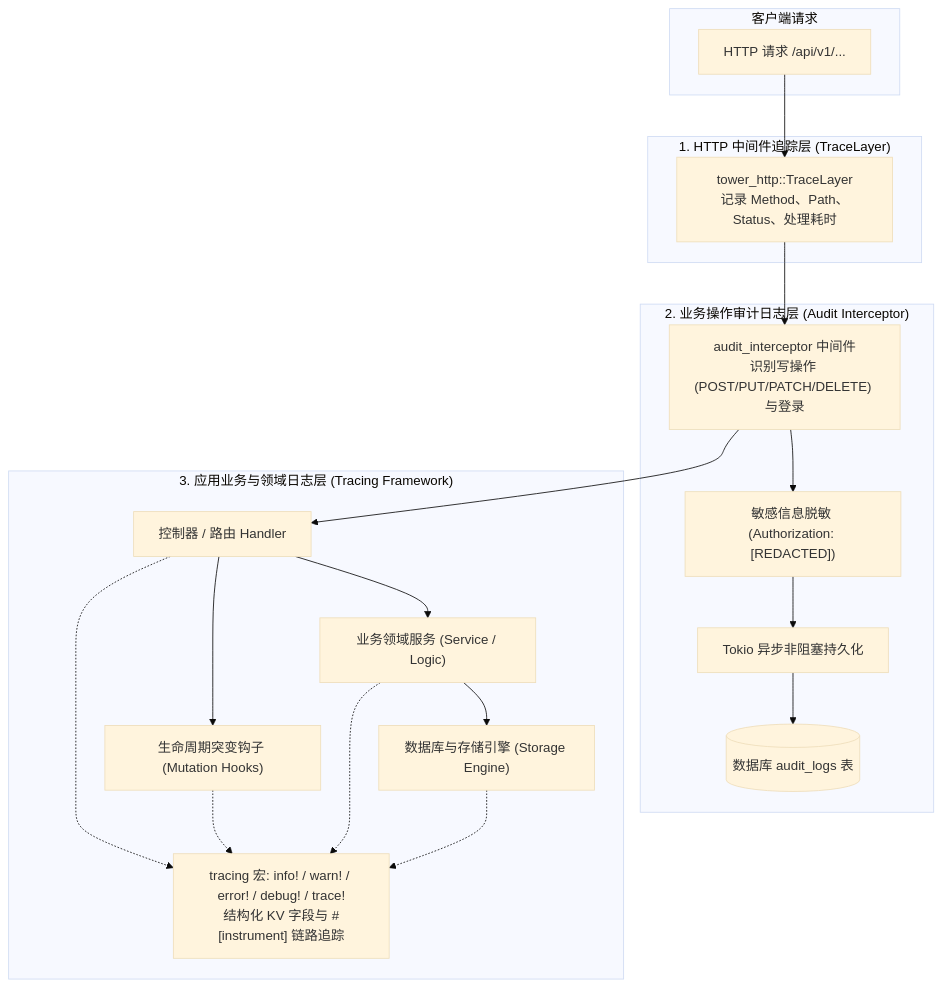
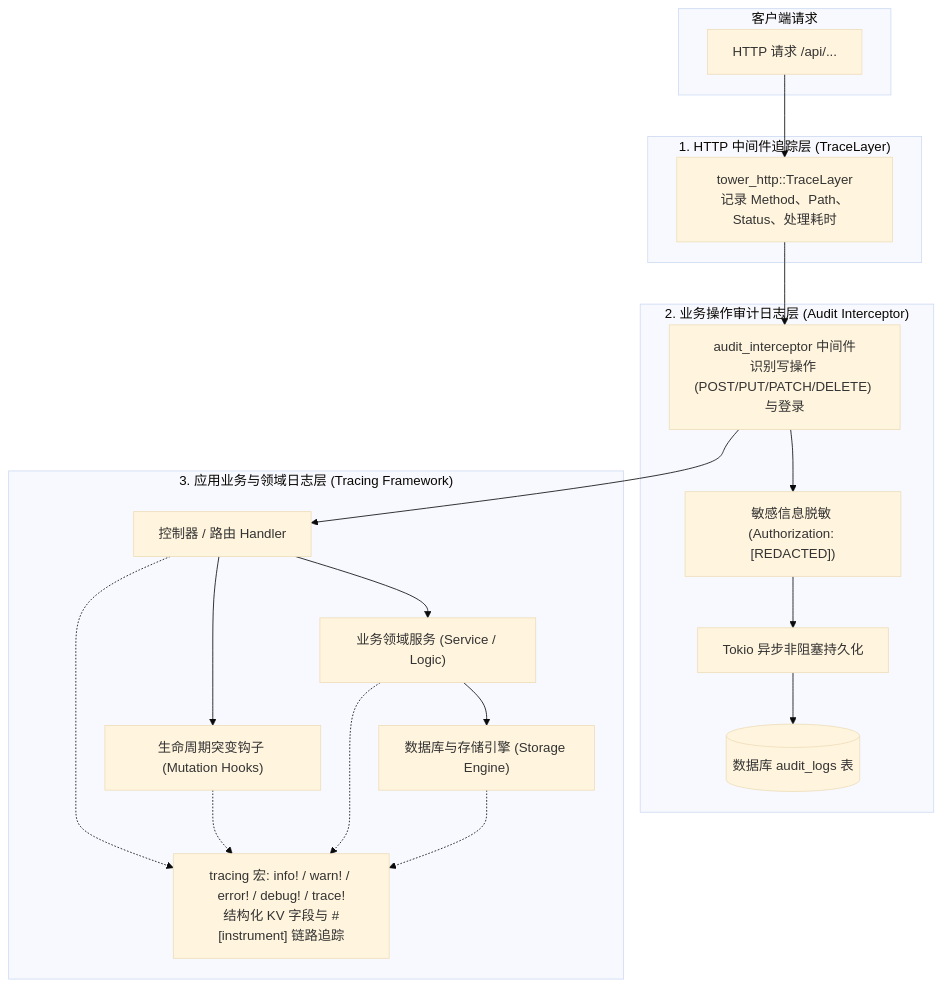
One commit to FoundKit/foundry changed the diagram in docs/src/content/docs/zh/guides/logging.md. Above: the diagram before and after it, drawn with Mermaid (base theme). The commit also changed other lines of this file and 83 other files, not shown here.

````diff
--- a/docs/src/content/docs/zh/guides/logging.md
+++ b/docs/src/content/docs/zh/guides/logging.md
@@ -20,37 +20,37 @@
 ```mermaid
 flowchart TD
     subgraph Client["客户端请求"]
-        Req["HTTP 请求 /api/v1/..."]
+        Req["HTTP 请求 /api/..."]
     end
 
     subgraph Layer1["1. HTTP 中间件追踪层 (TraceLayer)"]
         TL["tower_http::TraceLayer\n记录 Method、Path、Status、处理耗时"]
     end
 
     subgraph Layer2["2. 业务操作审计日志层 (Audit Interceptor)"]
         AI["audit_interceptor 中间件\n识别写操作 (POST/PUT/PATCH/DELETE) 与登录"]
         Redact["敏感信息脱敏 (Authorization: [REDACTED])"]
         AsyncWrite["Tokio 异步非阻塞持久化"]
         AuditTable[("数据库 audit_logs 表")]
         
         AI --> Redact --> AsyncWrite --> AuditTable
     end
 
     subgraph Layer3["3. 应用业务与领域日志层 (Tracing Framework)"]
         Controller["控制器 / 路由 Handler"]
         Logic["业务领域服务 (Service / Logic)"]
         Hooks["生命周期突变钩子 (Mutation Hooks)"]
         Storage["数据库与存储引擎 (Storage Engine)"]
         
         Controller --> Logic --> Storage
         Controller --> Hooks
         
         LogMacros["tracing 宏: info! / warn! / error! / debug! / trace!\n结构化 KV 字段与 #[instrument] 链路追踪"]
         Controller -.-> LogMacros
         Logic -.-> LogMacros
         Hooks -.-> LogMacros
         Storage -.-> LogMacros
     end
 
     Req --> TL --> AI --> Controller
 ```
````
